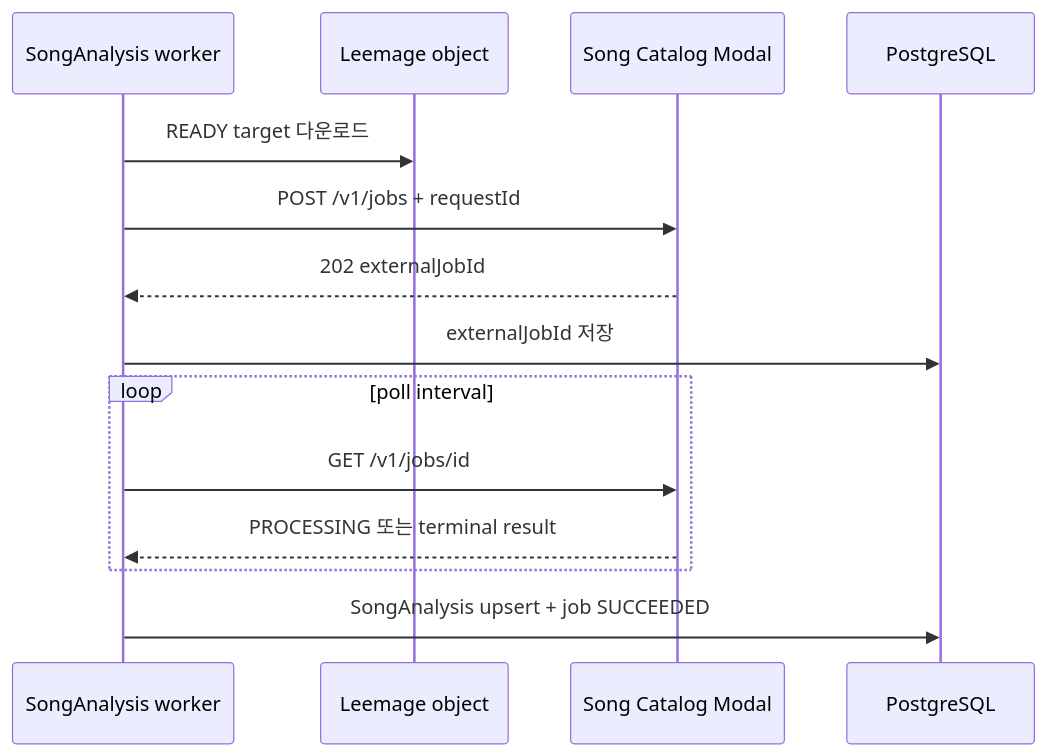
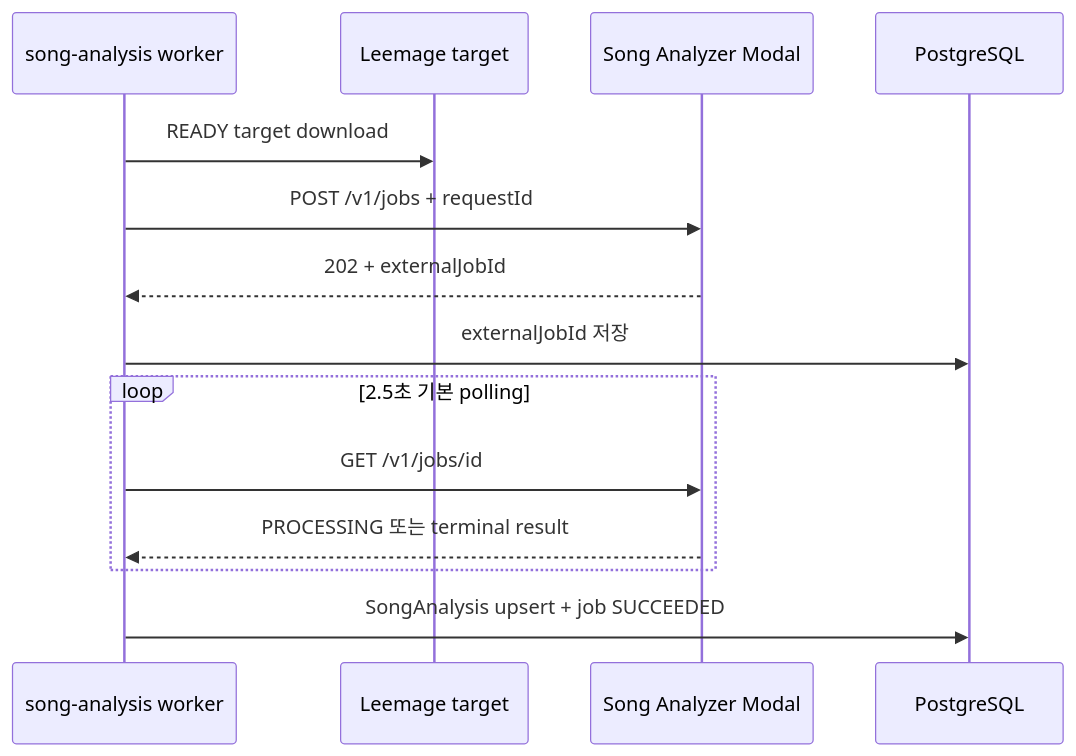
One commit to leey00nsu/copy-singer changed the third of 4 diagrams in openwiki/integrations/external-services.md. Above: the diagram before and after it, drawn with Mermaid. The commit also changed other lines of this file and 40 other files, not shown here.

````diff
--- a/openwiki/integrations/external-services.md
+++ b/openwiki/integrations/external-services.md
@@ -142,16 +167,16 @@
 ```mermaid
 sequenceDiagram
-    participant Worker as SongAnalysis worker
-    participant Store as Leemage object
-    participant Analyzer as Song Catalog Modal
+    participant Worker as song-analysis worker
+    participant Store as Leemage target
+    participant Modal as Song Analyzer Modal
     participant DB as PostgreSQL
-    Worker->>Store: READY target 다운로드
-    Worker->>Analyzer: POST /v1/jobs + requestId
-    Analyzer-->>Worker: 202 externalJobId
+    Worker->>Store: READY target download
+    Worker->>Modal: POST /v1/jobs + requestId
+    Modal-->>Worker: 202 + externalJobId
     Worker->>DB: externalJobId 저장
-    loop poll interval
-        Worker->>Analyzer: GET /v1/jobs/id
-        Analyzer-->>Worker: PROCESSING 또는 terminal result
+    loop 2.5초 기본 polling
+        Worker->>Modal: GET /v1/jobs/id
+        Modal-->>Worker: PROCESSING 또는 terminal result
     end
     Worker->>DB: SongAnalysis upsert + job SUCCEEDED
 ```
````
